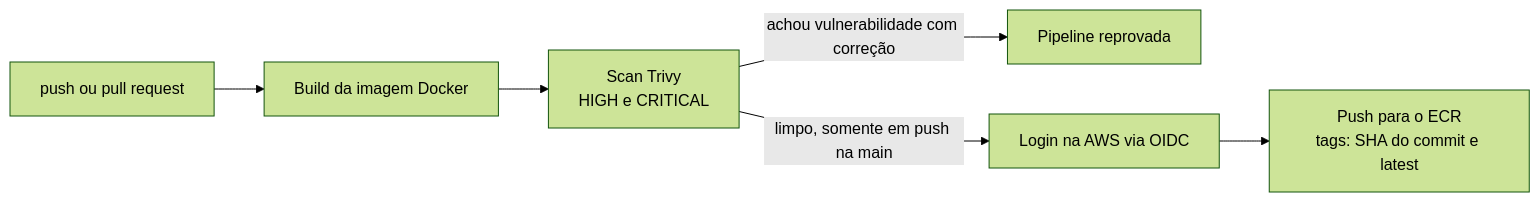
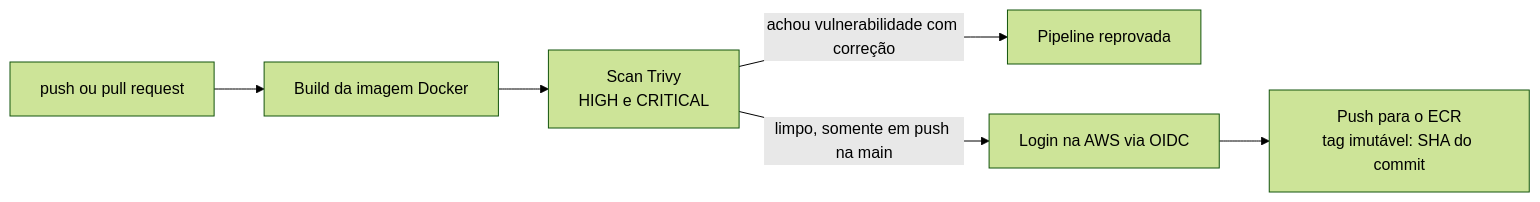
The fourth of 4 diagrams in README.md (vxtxbryan/lab-ecommerce-microsservicos), drawn with Mermaid (forest theme) before and after one commit. The commit also changed other lines of this file and 6 other files, not shown here.

Commit message:
ci: publicar imagens com tags imutaveis por SHA

````diff
--- a/README.md
+++ b/README.md
@@ -485,8 +485,8 @@
 ```mermaid
 flowchart LR
     a["push ou pull request"] --> b["Build da imagem Docker"]
     b --> c["Scan Trivy<br/>HIGH e CRITICAL"]
     c -->|"achou vulnerabilidade com correção"| x["Pipeline reprovada"]
     c -->|"limpo, somente em push na main"| d["Login na AWS via OIDC"]
-    d --> e["Push para o ECR<br/>tags: SHA do commit e latest"]
+    d --> e["Push para o ECR<br/>tag imutável: SHA do commit"]
 ```
````
